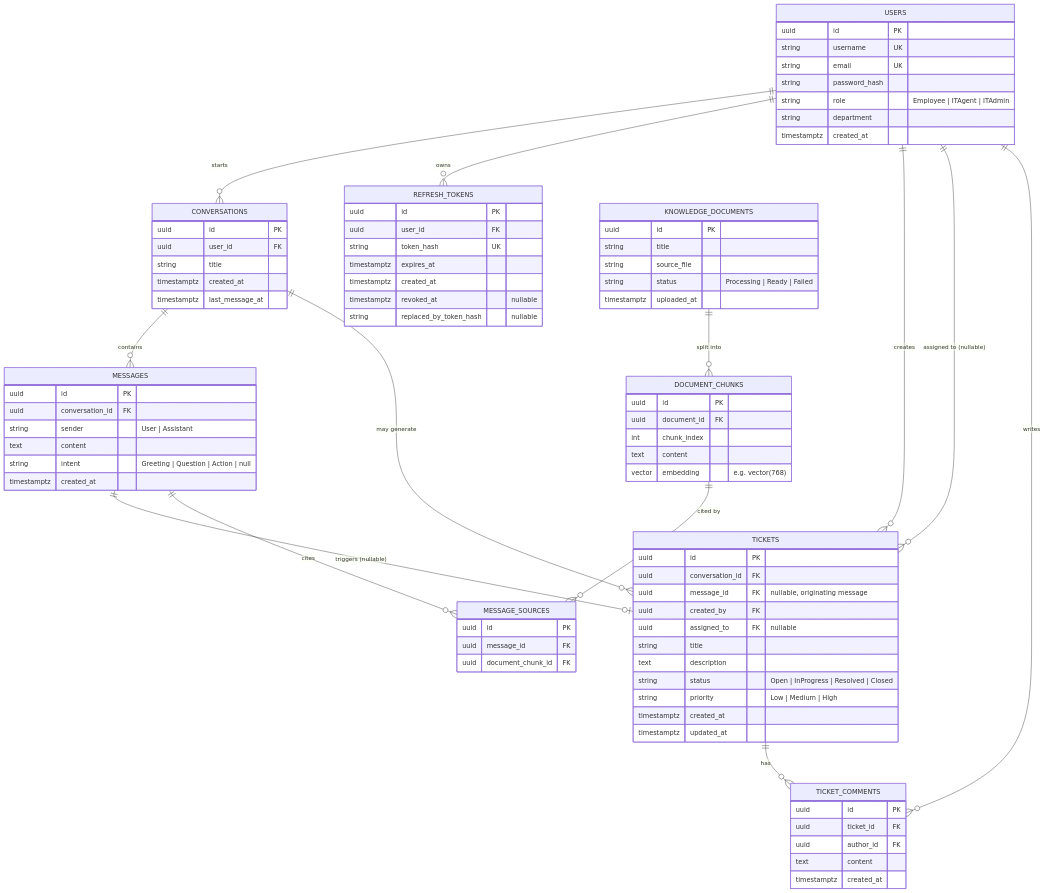
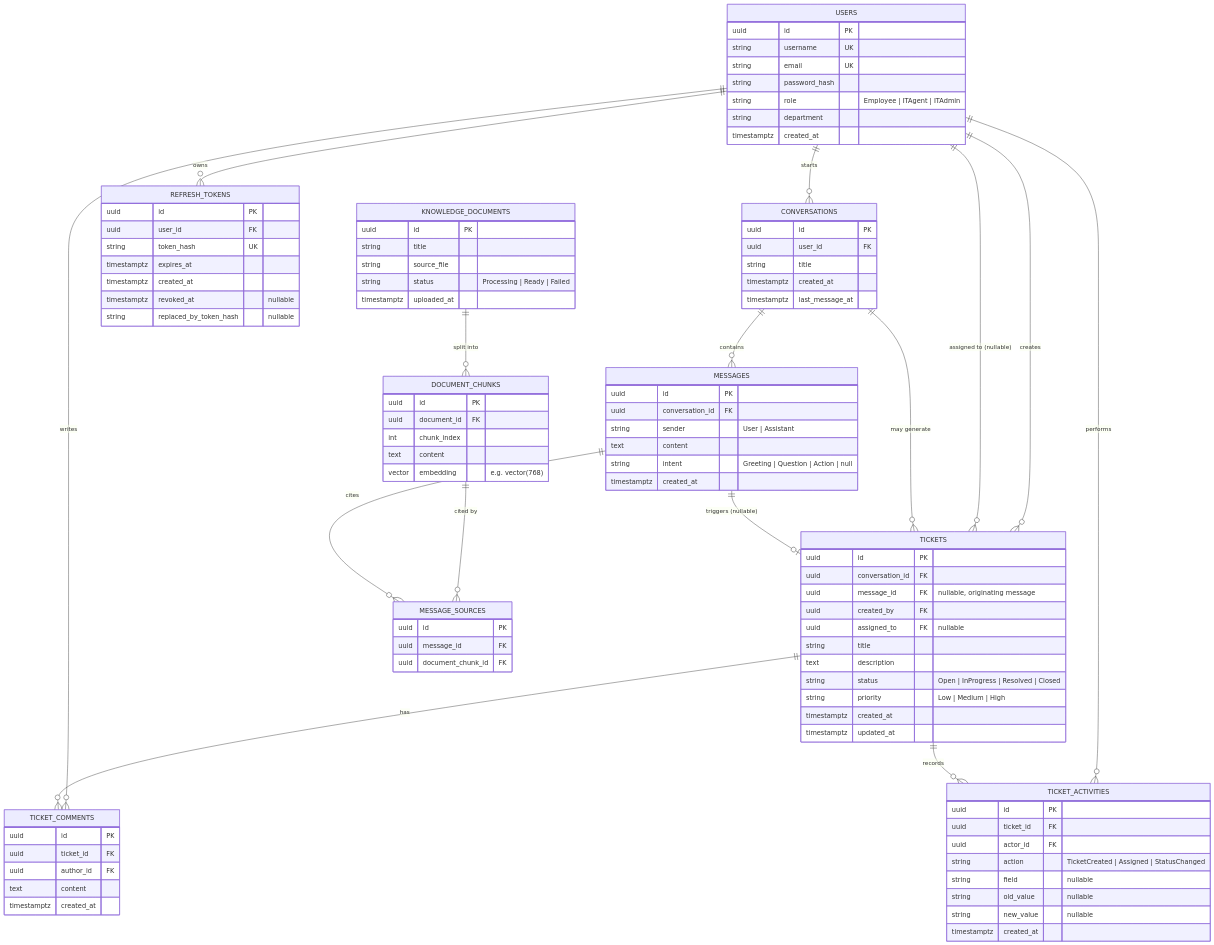
Before and after one commit to withoutidentity/AI-Powered-IT-Helpdesk-And-Ticketing-System: the diagram in docs/ER_DIAGRAM.md, drawn with Mermaid. The commit also changed other lines of this file and 45 other files, not shown here.

First line of the commit message:
feat: Implement ticket activities and comments functionality

```diff
--- a/docs/ER_DIAGRAM.md
+++ b/docs/ER_DIAGRAM.md
@@ -14,10 +14,12 @@
     USERS ||--o{ TICKETS : creates
     USERS ||--o{ TICKETS : "assigned to (nullable)"
     USERS ||--o{ TICKET_COMMENTS : writes
+    USERS ||--o{ TICKET_ACTIVITIES : performs
     CONVERSATIONS ||--o{ MESSAGES : contains
     CONVERSATIONS ||--o{ TICKETS : "may generate"
     MESSAGES ||--o| TICKETS : "triggers (nullable)"
     TICKETS ||--o{ TICKET_COMMENTS : has
+    TICKETS ||--o{ TICKET_ACTIVITIES : records
     KNOWLEDGE_DOCUMENTS ||--o{ DOCUMENT_CHUNKS : "split into"
     DOCUMENT_CHUNKS ||--o{ MESSAGE_SOURCES : "cited by"
     MESSAGES ||--o{ MESSAGE_SOURCES : cites
@@ -81,6 +83,17 @@
         timestamptz created_at
     }
 
+    TICKET_ACTIVITIES {
+        uuid id PK
+        uuid ticket_id FK
+        uuid actor_id FK
+        string action "TicketCreated | Assigned | StatusChanged"
+        string field "nullable"
+        string old_value "nullable"
+        string new_value "nullable"
+        timestamptz created_at
+    }
+
     KNOWLEDGE_DOCUMENTS {
         uuid id PK
         string title
```
